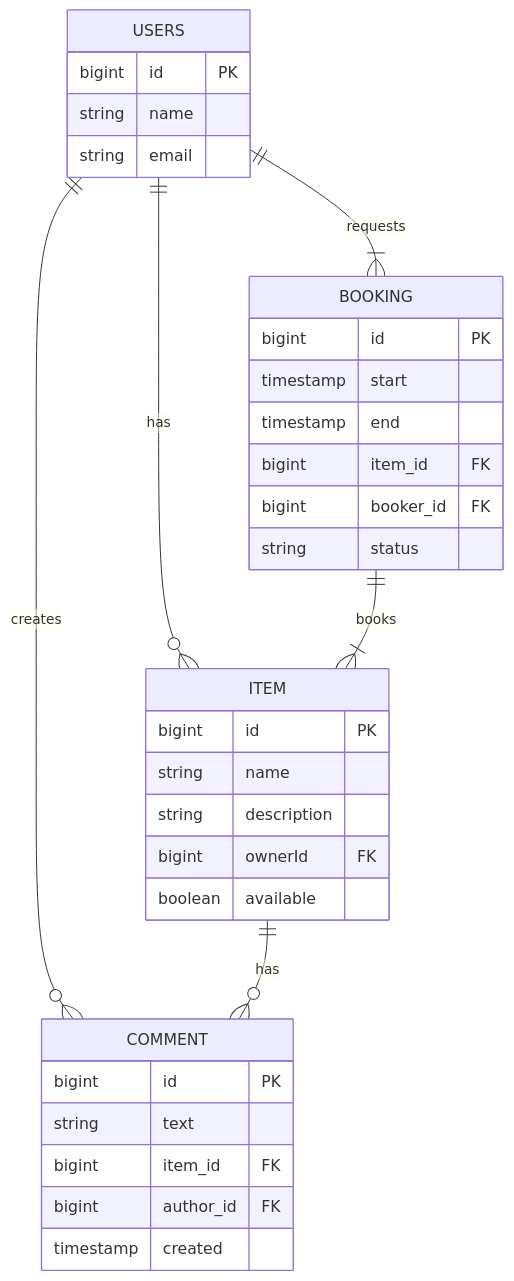
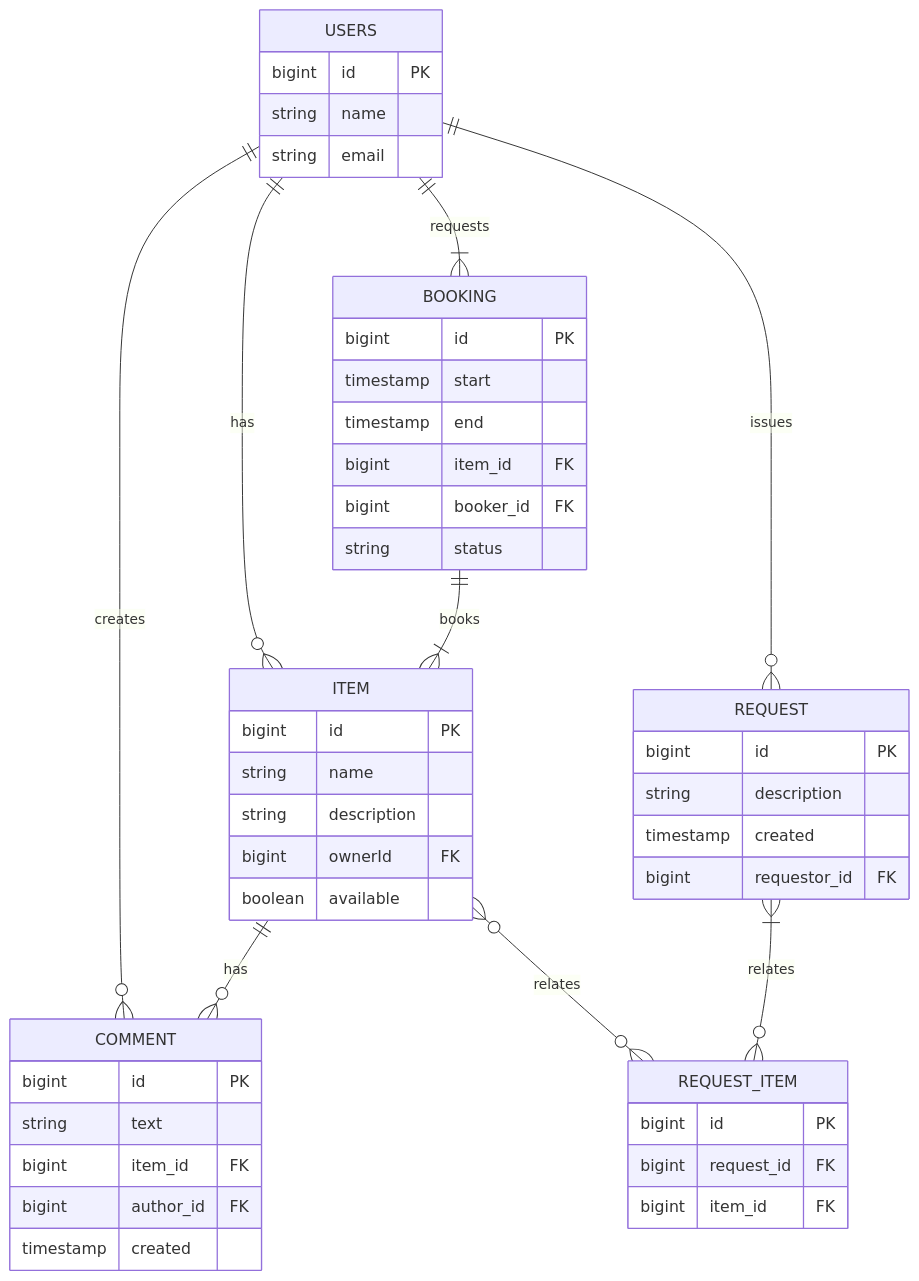
One commit to patonik/java-shareit changed the diagram in README.md. Above: the diagram before and after it, drawn with Mermaid. The commit also changed 13 other files, not shown here.

````diff
--- a/README.md
+++ b/README.md
@@ -6,35 +6,49 @@
 ```mermaid
 erDiagram
     USERS ||--o{ ITEM: has
     USERS ||--|{ BOOKING: requests
+    USERS ||--o{ REQUEST: issues
     BOOKING ||--|{ ITEM: books
     USERS ||--o{ COMMENT: creates
     ITEM ||--o{ COMMENT: has
+    ITEM }o--o{ REQUEST_ITEM: relates
+    REQUEST }|--o{ REQUEST_ITEM: relates
     USERS {
         bigint id PK
         string name
         string email
     }
     ITEM {
         bigint id PK
         string name
         string description
         bigint ownerId FK
         boolean available
     }
     BOOKING {
         bigint id PK
         timestamp start
         timestamp end
         bigint item_id FK
         bigint booker_id FK
         string status
     }
     COMMENT {
         bigint id PK
         string text
         bigint item_id FK
         bigint author_id FK
         timestamp created
     }
+    REQUEST {
+        bigint id PK
+        string description
+        timestamp created
+        bigint requestor_id FK
+    }
+    REQUEST_ITEM {
+        bigint id PK
+        bigint request_id FK
+        bigint item_id FK
+    }
 ```
````
